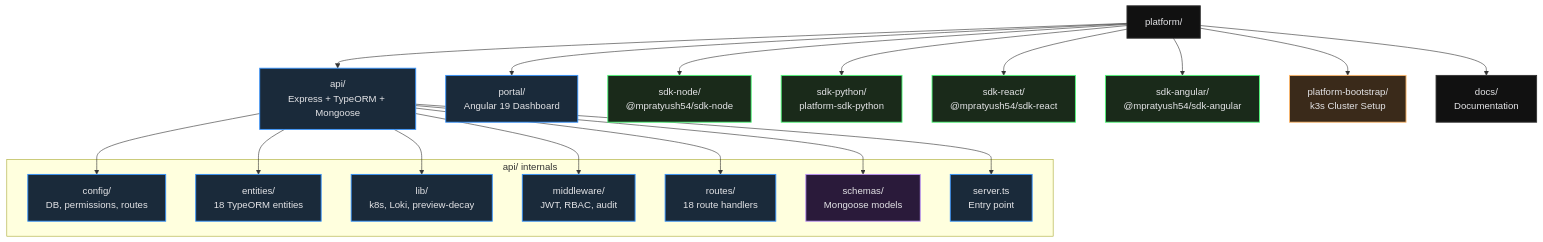
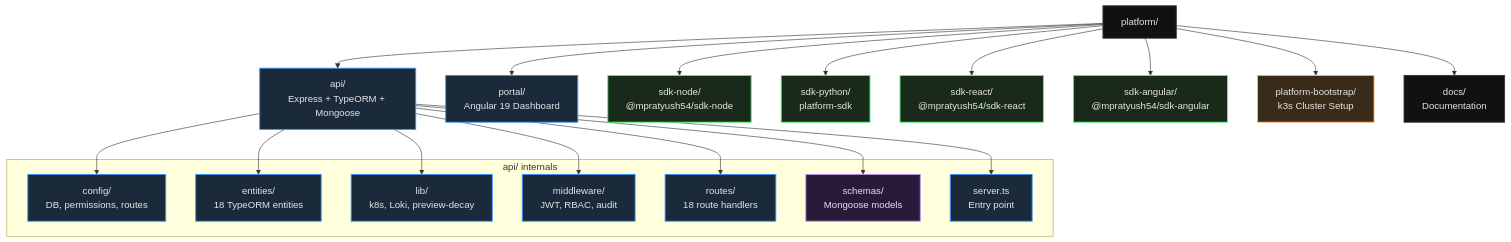
Before and after one commit to Mpratyush54/server-automation: the diagram in docs/getting-started/project-structure.md, drawn with Mermaid. The commit also changed 88 other files, not shown here.

````diff
--- a/docs/getting-started/project-structure.md
+++ b/docs/getting-started/project-structure.md
@@ -5,46 +5,46 @@
 ```mermaid
 graph TB
 
     classDef platform fill:#1a2a3a,stroke:#3794ff,stroke-width:1.5px,color:#e4e4e7;
     classDef code fill:#1a2a1a,stroke:#50fa7b,stroke-width:1.5px,color:#e4e4e7;
     classDef action fill:#3a2a1a,stroke:#ffb86c,stroke-width:1.5px,color:#e4e4e7;
     classDef external fill:#2a1a3a,stroke:#bd93f9,stroke-width:1.5px,color:#e4e4e7;
     classDef neutral fill:#111,stroke:#333,stroke-width:1.5px,color:#e4e4e7;
 
     Root["platform/"]:::neutral
     API["api/<br/>Express + TypeORM + Mongoose"]:::platform
     Portal["portal/<br/>Angular 19 Dashboard"]:::platform
     SDKNode["sdk-node/<br/>@mpratyush54/sdk-node"]:::code
-    SDKPython["sdk-python/<br/>platform-sdk-python"]:::code
+    SDKPython["sdk-python/<br/>platform-sdk"]:::code
     SDKReact["sdk-react/<br/>@mpratyush54/sdk-react"]:::code
     SDKAngular["sdk-angular/<br/>@mpratyush54/sdk-angular"]:::code
     Bootstrap["platform-bootstrap/<br/>k3s Cluster Setup"]:::action
     Docs["docs/<br/>Documentation"]:::neutral
 
     subgraph APIInternals["api/ internals"]
         Config["config/<br/>DB, permissions, routes"]:::platform
         Entities["entities/<br/>18 TypeORM entities"]:::platform
         Lib["lib/<br/>k8s, Loki, preview-decay"]:::platform
         Middleware["middleware/<br/>JWT, RBAC, audit"]:::platform
         Routes["routes/<br/>18 route handlers"]:::platform
         Schemas["schemas/<br/>Mongoose models"]:::external
         Server["server.ts<br/>Entry point"]:::platform
     end
 
     Root --> API
     Root --> Portal
     Root --> SDKNode
     Root --> SDKPython
     Root --> SDKReact
     Root --> SDKAngular
     Root --> Bootstrap
     Root --> Docs
 
     API --> Config
     API --> Entities
     API --> Lib
     API --> Middleware
     API --> Routes
     API --> Schemas
     API --> Server
 ```
````
